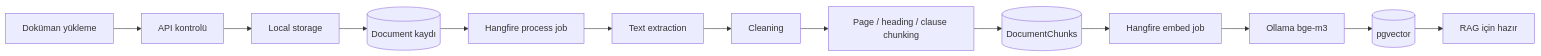
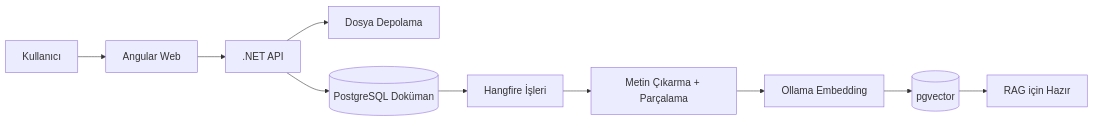
One commit to omerfurkanguney/CompanyKnowledgeRagAssistant changed the first of 6 diagrams in README.md. Above: the diagram before and after it, drawn with Mermaid. The commit also changed other lines of this file, not shown here.

Commit message:
docs(readme): update table of contents and enhance system flow descriptions

````diff
--- a/README.md
+++ b/README.md
@@ -82,15 +82,13 @@
 ```mermaid
+%%{init: {'themeVariables': {'fontSize': '18px'}}}%%
 flowchart LR
-    A[Doküman yükleme] --> B[API kontrolü]
-    B --> C[Local storage]
-    C --> D[(Document kaydı)]
-    D --> E[Hangfire process job]
-    E --> F[Text extraction]
-    F --> G[Cleaning]
-    G --> H[Page / heading / clause chunking]
-    H --> I[(DocumentChunks)]
-    I --> J[Hangfire embed job]
-    J --> K[Ollama bge-m3]
-    K --> L[(pgvector)]
-    L --> M[RAG için hazır]
+    U[Kullanıcı] --> W[Angular Web]
+    W --> A[.NET API]
+    A --> S[Dosya Depolama]
+    A --> D[(PostgreSQL Doküman)]
+    D --> H[Hangfire İşleri]
+    H --> C[Metin Çıkarma + Parçalama]
+    C --> O[Ollama Embedding]
+    O --> V[(pgvector)]
+    V --> R[RAG için Hazır]
 ```
````
